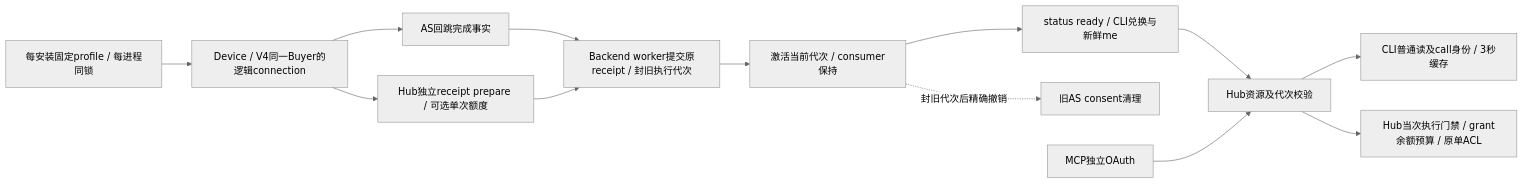
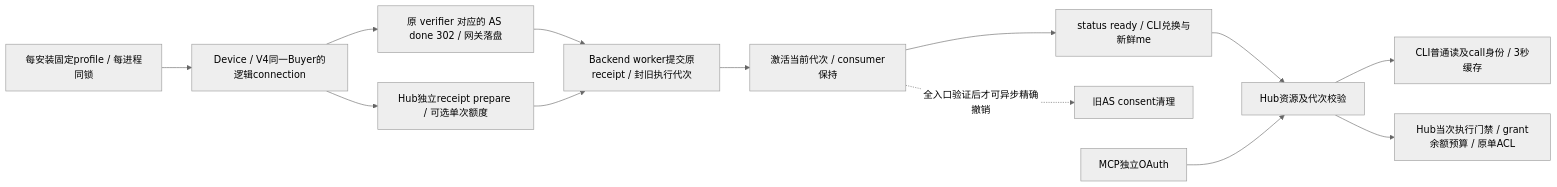
One commit to itpay-ai/cli changed the second of 2 diagrams in docs/ARCHITECTURE.md. Above: the diagram before and after it, drawn with Mermaid (neutral theme). The commit also changed 2 other files, not shown here.

Commit message:
docs: identify the device completion signal

````diff
--- a/docs/ARCHITECTURE.md
+++ b/docs/ARCHITECTURE.md
@@ -51,15 +51,15 @@
 ```mermaid
 flowchart LR
  P[每安装固定profile / 每进程同锁] --> O[Device / V4同一Buyer的逻辑connection]
- O --> A[AS回跳完成事实]
+ O --> A[原 verifier 对应的 AS done 302 / 网关落盘]
  O --> G[Hub独立receipt prepare / 可选单次额度]
  A --> J[Backend worker提交原receipt / 封旧执行代次]
  G --> J
  J --> C[激活当前代次 / consumer保持]
  C --> T[status ready / CLI兑换与新鲜me]
- C -.封旧代次后精确撤销.-> X[旧AS consent清理]
+ C -.全入口验证后才可异步精确撤销.-> X[旧AS consent清理]
  T --> H[Hub资源及代次校验]
  H --> R[CLI普通读及call身份 / 3秒缓存]
  H --> W[Hub当次执行门禁 / grant余额预算 / 原单ACL]
  M[MCP独立OAuth] --> H
 ```
````
